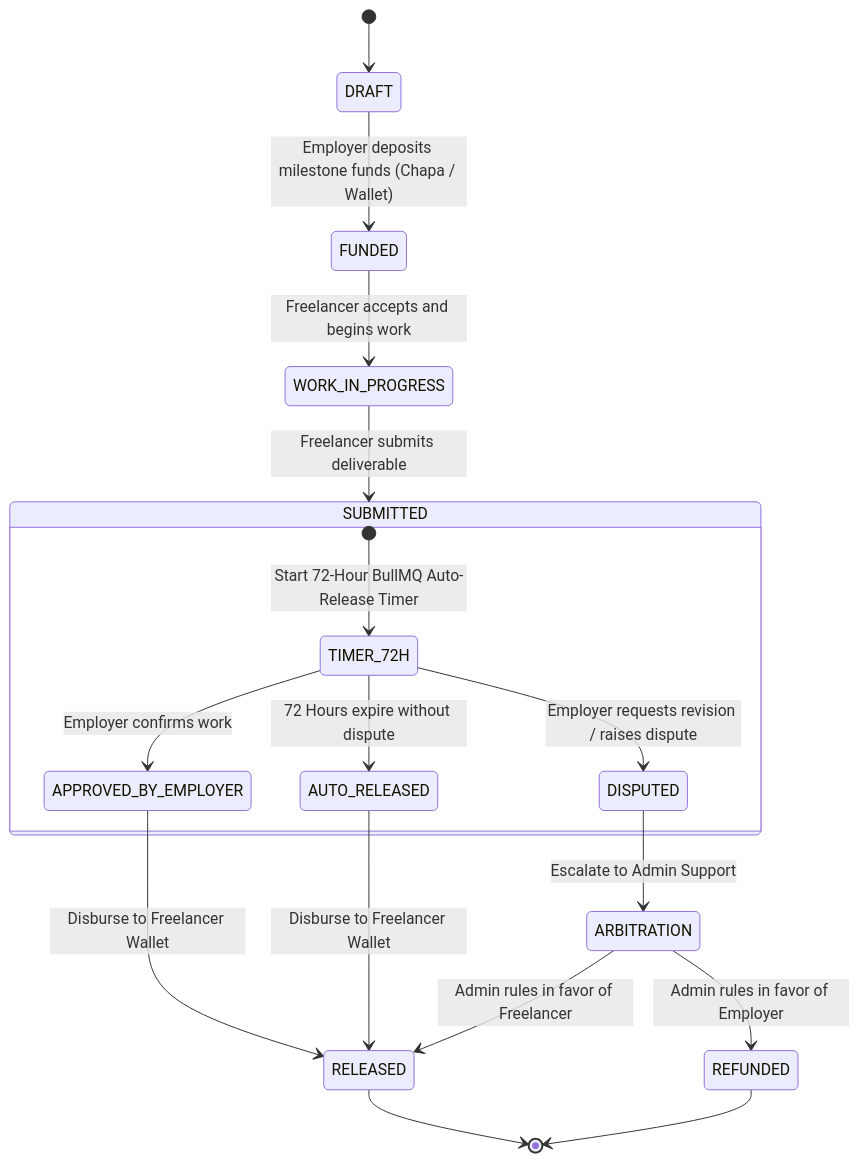
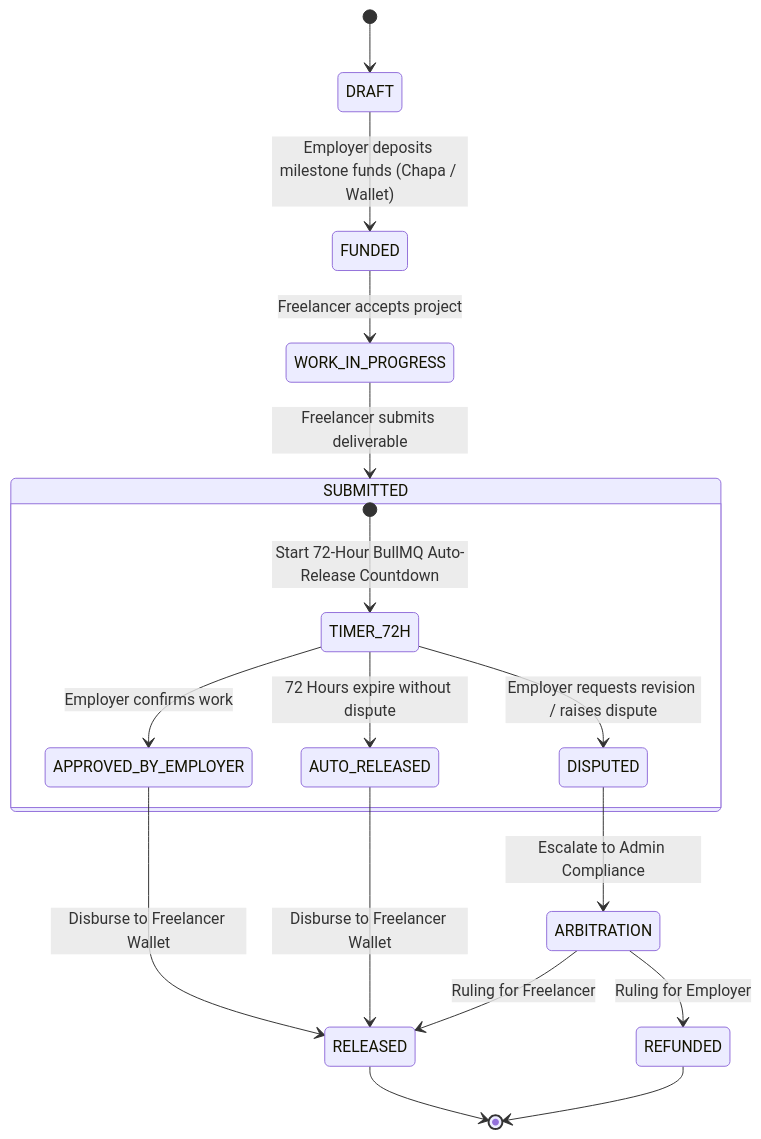
Before and after one commit to Beleqet-Main-Ecosystem/beleqet-ecosystem-updated: the second of 2 diagrams in docs/beleqet-jobs-system-documentation.md, drawn with Mermaid. The commit also changed other lines of this file, not shown here.

Commit message:
docs(system): finalize v2.5.0 standalone engineering & architecture specification

````diff
--- a/docs/beleqet-jobs-system-documentation.md
+++ b/docs/beleqet-jobs-system-documentation.md
@@ -269,20 +279,20 @@
 ```mermaid
 stateDiagram-v2
-    [*] --> DRAFT
-    DRAFT --> FUNDED: Employer deposits milestone funds (Chapa / Wallet)
-    FUNDED --> WORK_IN_PROGRESS: Freelancer accepts and begins work
-    WORK_IN_PROGRESS --> SUBMITTED: Freelancer submits deliverable
-    state SUBMITTED {
-        [*] --> TIMER_72H: Start 72-Hour BullMQ Auto-Release Timer
-        TIMER_72H --> APPROVED_BY_EMPLOYER: Employer confirms work
-        TIMER_72H --> AUTO_RELEASED: 72 Hours expire without dispute
-        TIMER_72H --> DISPUTED: Employer requests revision / raises dispute
-    }
-    APPROVED_BY_EMPLOYER --> RELEASED: Disburse to Freelancer Wallet
-    AUTO_RELEASED --> RELEASED: Disburse to Freelancer Wallet
-    DISPUTED --> ARBITRATION: Escalate to Admin Support
-    ARBITRATION --> REFUNDED: Admin rules in favor of Employer
-    ARBITRATION --> RELEASED: Admin rules in favor of Freelancer
-    RELEASED --> [*]
-    REFUNDED --> [*]
+  [*] --> DRAFT
+  DRAFT --> FUNDED: Employer deposits milestone funds (Chapa / Wallet)
+  FUNDED --> WORK_IN_PROGRESS: Freelancer accepts project
+  WORK_IN_PROGRESS --> SUBMITTED: Freelancer submits deliverable
+  state SUBMITTED {
+    [*] --> TIMER_72H: Start 72-Hour BullMQ Auto-Release Countdown
+    TIMER_72H --> APPROVED_BY_EMPLOYER: Employer confirms work
+    TIMER_72H --> AUTO_RELEASED: 72 Hours expire without dispute
+    TIMER_72H --> DISPUTED: Employer requests revision / raises dispute
+  }
+  APPROVED_BY_EMPLOYER --> RELEASED: Disburse to Freelancer Wallet
+  AUTO_RELEASED --> RELEASED: Disburse to Freelancer Wallet
+  DISPUTED --> ARBITRATION: Escalate to Admin Compliance
+  ARBITRATION --> RELEASED: Ruling for Freelancer
+  ARBITRATION --> REFUNDED: Ruling for Employer
+  RELEASED --> [*]
+  REFUNDED --> [*]
 ```
````
